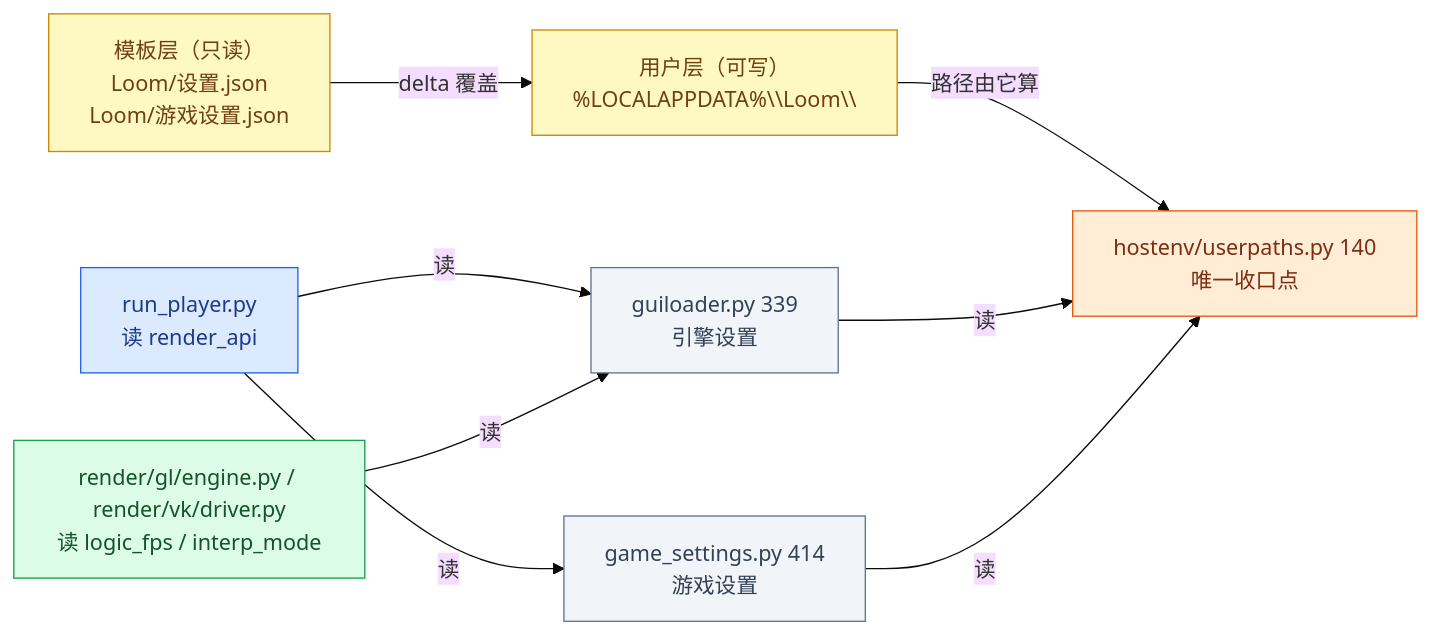
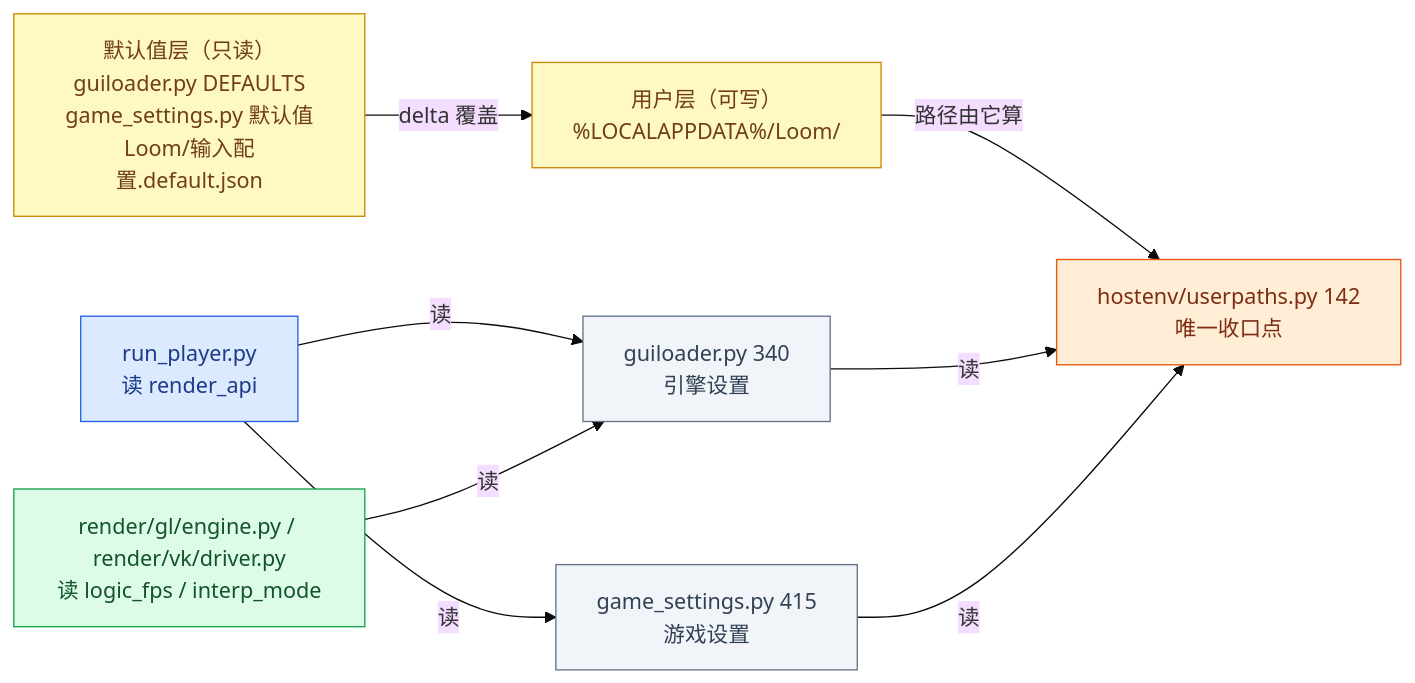
Before and after one commit to lhy302/WeaveEngine: diagram 11 of 23 in ARCHITECTURE.md, drawn with Mermaid (base theme). The commit also changed other lines of this file, not shown here.

First line of the commit message:
docs: 架构图 v4 —— 按 HEAD d156cee 真实状态统一重画 23 张 Mermaid 图

````diff
--- a/ARCHITECTURE.md
+++ b/ARCHITECTURE.md
@@ -452,22 +492,22 @@
 ```mermaid
 flowchart LR
-  T["模板层（只读）<br/>Loom/设置.json<br/>Loom/游戏设置.json"]:::external
-  U["用户层（可写）<br/>%LOCALAPPDATA%\\Loom\\"]:::external
-  P["hostenv/userpaths.py 140<br/>唯一收口点"]:::contract
-  G1["guiloader.py 339<br/>引擎设置"]:::file
-  G2["game_settings.py 414<br/>游戏设置"]:::file
+  T["默认值层（只读）<br/>guiloader.py DEFAULTS<br/>game_settings.py 默认值<br/>Loom/输入配置.default.json"]:::external
+  U["用户层（可写）<br/>%LOCALAPPDATA%/Loom/"]:::external
+  P["hostenv/userpaths.py 142<br/>唯一收口点"]:::contract
+  G1["guiloader.py 340<br/>引擎设置"]:::file
+  G2["game_settings.py 415<br/>游戏设置"]:::file
   R1["run_player.py<br/>读 render_api"]:::entry
   R2["render/gl/engine.py / render/vk/driver.py<br/>读 logic_fps / interp_mode"]:::impl
   T -->|delta 覆盖| U
   U -->|路径由它算| P
   G1 -->|读| P
   G2 -->|读| P
   R1 -->|读| G1
   R1 -->|读| G2
   R2 -->|读| G1
   classDef entry fill:#dbeafe,stroke:#2563eb,color:#1e3a8a
   classDef impl fill:#dcfce7,stroke:#16a34a,color:#14532d
   classDef contract fill:#ffedd5,stroke:#ea580c,color:#7c2d12
   classDef file fill:#f1f5f9,stroke:#64748b,color:#334155
   classDef external fill:#fef9c3,stroke:#ca8a04,color:#713f12
 ```
````
